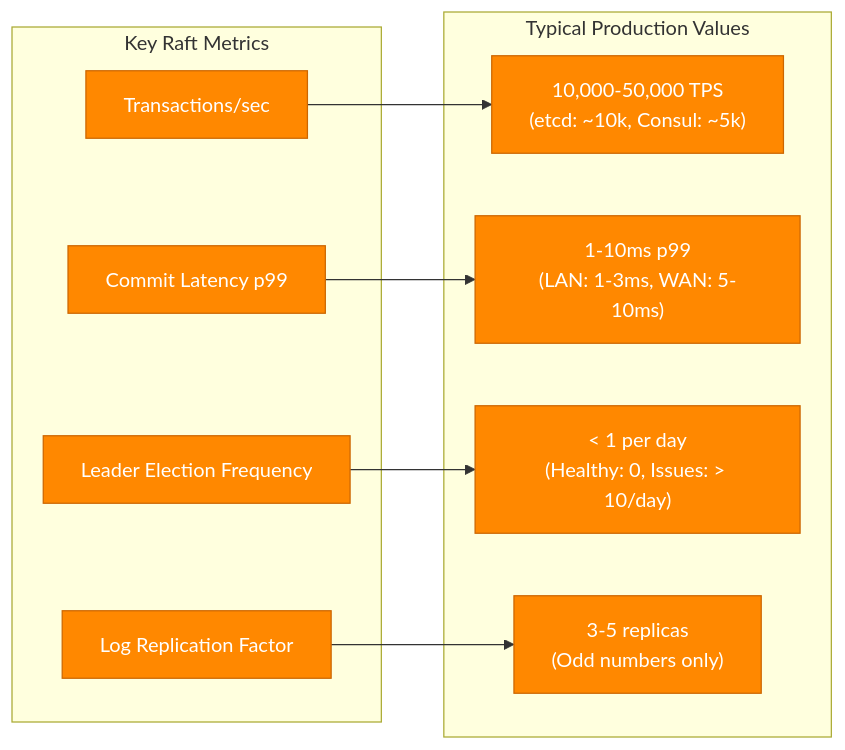
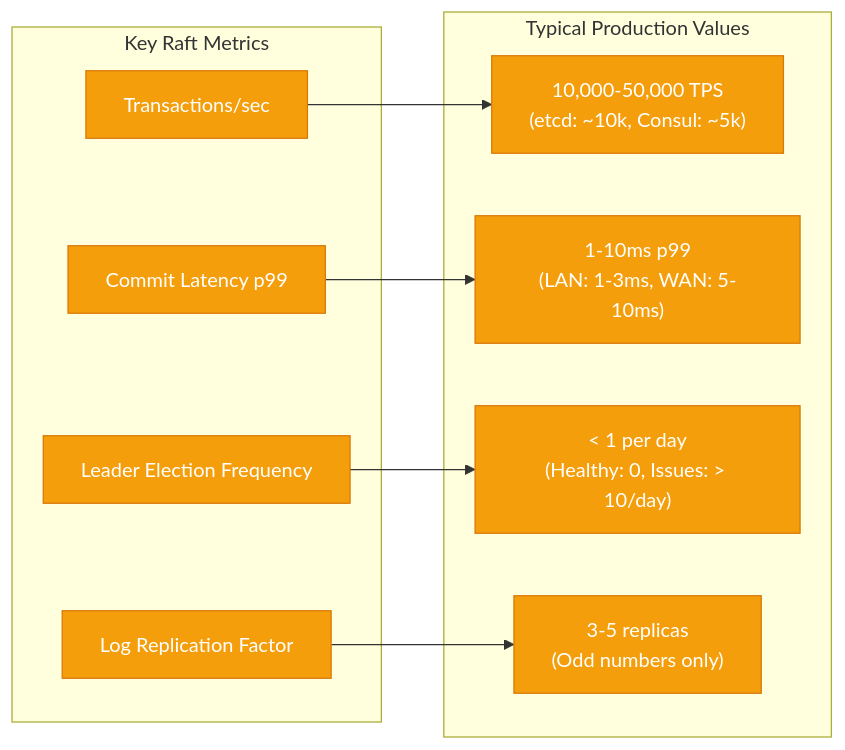
Before and after one commit to deepaucksharma/DS: the fifth of 5 diagrams in site/docs/mechanisms/consensus/raft-algorithm.md, drawn with Mermaid. The commit also changed other lines of this file and 303 other files, not shown here.

````diff
--- a/site/docs/mechanisms/consensus/raft-algorithm.md
+++ b/site/docs/mechanisms/consensus/raft-algorithm.md
@@ -169,25 +169,25 @@
 ```mermaid
 graph LR
     subgraph "Key Raft Metrics"
         TPS[Transactions/sec]
         LAT[Commit Latency p99]
         LEF[Leader Election Frequency]
         LRF[Log Replication Factor]
     end
 
     subgraph "Typical Production Values"
         TPS_VAL["10,000-50,000 TPS<br/>(etcd: ~10k, Consul: ~5k)"]
         LAT_VAL["1-10ms p99<br/>(LAN: 1-3ms, WAN: 5-10ms)"]
         LEF_VAL["< 1 per day<br/>(Healthy: 0, Issues: > 10/day)"]
         LRF_VAL["3-5 replicas<br/>(Odd numbers only)"]
     end
 
     TPS --> TPS_VAL
     LAT --> LAT_VAL
     LEF --> LEF_VAL
     LRF --> LRF_VAL
 
     %% Apply state plane color for metrics
-    classDef stateStyle fill:#FF8800,stroke:#CC6600,color:#fff
+    classDef stateStyle fill:#F59E0B,stroke:#D97706,color:#fff
     class TPS,LAT,LEF,LRF,TPS_VAL,LAT_VAL,LEF_VAL,LRF_VAL stateStyle
 ```
````
